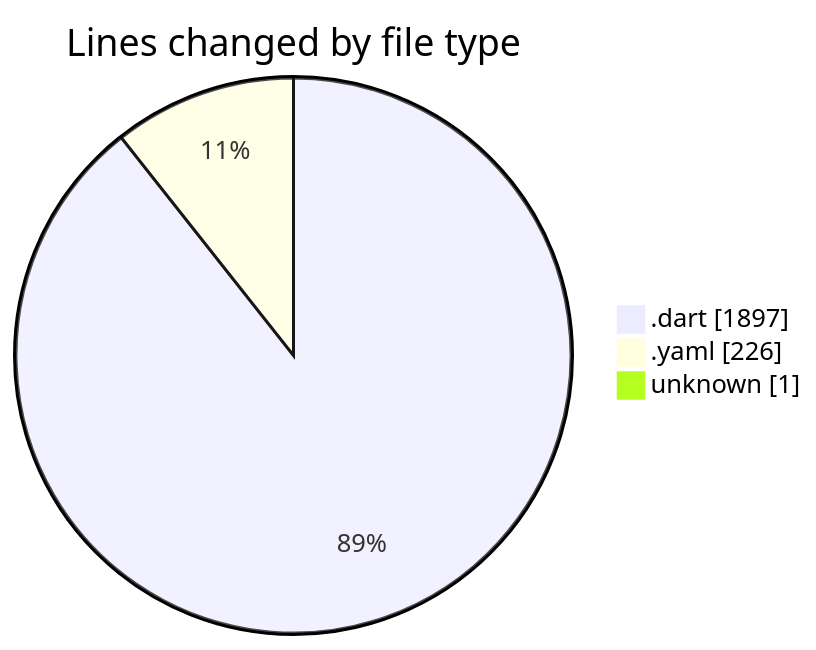
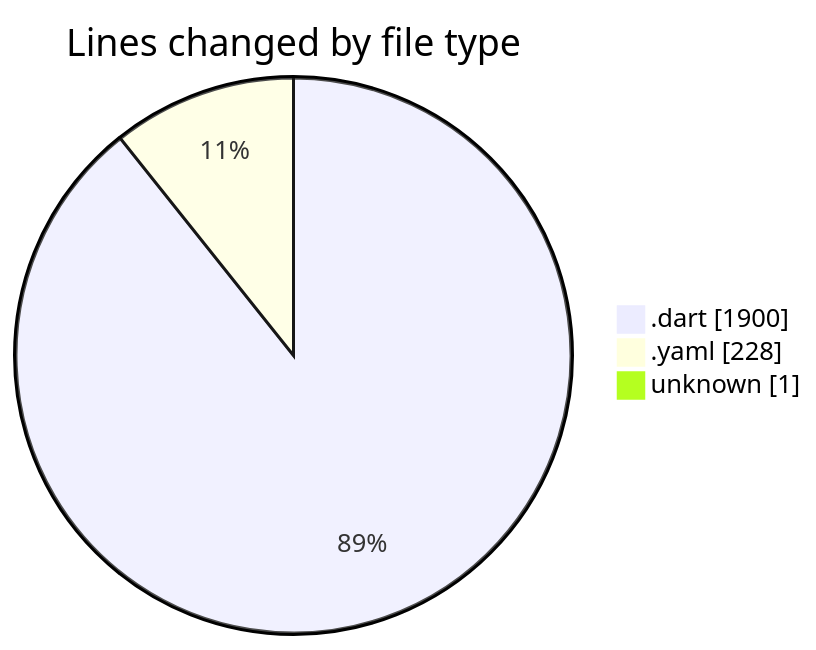
The first of 2 diagrams in 2025-03-08/uber_clone/README.md (donsfak/code-tracking), drawn with Mermaid before and after one commit. The commit also changed other lines of this file and 1 other file, not shown here.

````diff
--- a/2025-03-08/uber_clone/README.md
+++ b/2025-03-08/uber_clone/README.md
@@ -24,7 +24,7 @@
 ```mermaid
 pie showData
 title Lines changed by file type
-".dart" : 1897
-".yaml" : 226
+".dart" : 1900
+".yaml" : 228
 "unknown" : 1
 ```
````
